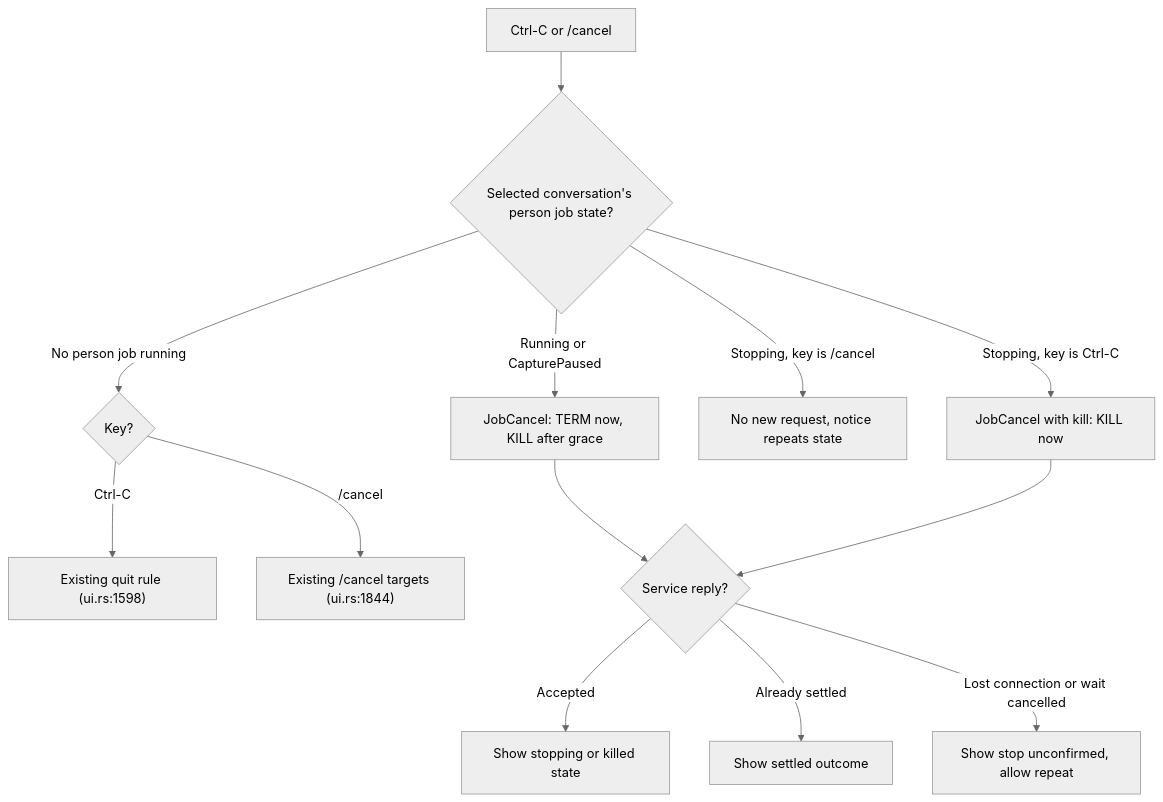
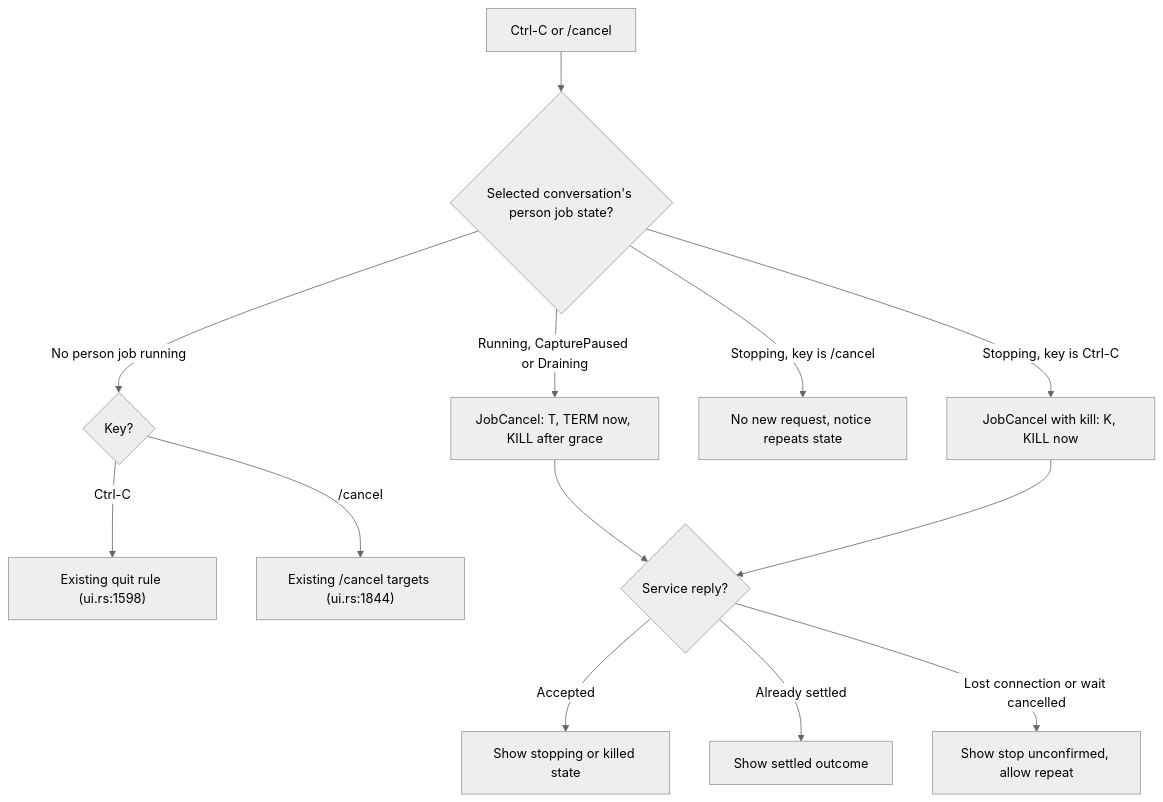
Before and after one commit to pidster/asura: the third of 7 diagrams in docs/designs/person-command-mode.md, drawn with Mermaid (neutral theme). The commit also changed other lines of this file and 11 other files, not shown here.

````diff
--- a/docs/designs/person-command-mode.md
+++ b/docs/designs/person-command-mode.md
@@ -424,15 +428,15 @@
 ```mermaid
 flowchart TD
     Key["Ctrl-C or /cancel"] --> Running{"Selected conversation's person job state?"}
-    Running -->|"Running or CapturePaused"| First["JobCancel: TERM now, KILL after grace"]
-    Running -->|"Stopping, key is Ctrl-C"| Kill["JobCancel with kill: KILL now"]
+    Running -->|"Running, CapturePaused or Draining"| First["JobCancel: T, TERM now, KILL after grace"]
+    Running -->|"Stopping, key is Ctrl-C"| Kill["JobCancel with kill: K, KILL now"]
     Running -->|"Stopping, key is /cancel"| Same["No new request, notice repeats state"]
     Running -->|"No person job running"| Existing{"Key?"}
     Existing -->|"Ctrl-C"| Quit["Existing quit rule (ui.rs:1598)"]
     Existing -->|"/cancel"| Old["Existing /cancel targets (ui.rs:1844)"]
     First --> Reply{"Service reply?"}
     Kill --> Reply
     Reply -->|"Accepted"| Show["Show stopping or killed state"]
     Reply -->|"Already settled"| Done["Show settled outcome"]
     Reply -->|"Lost connection or wait cancelled"| Unconfirmed["Show stop unconfirmed, allow repeat"]
 ```
````
